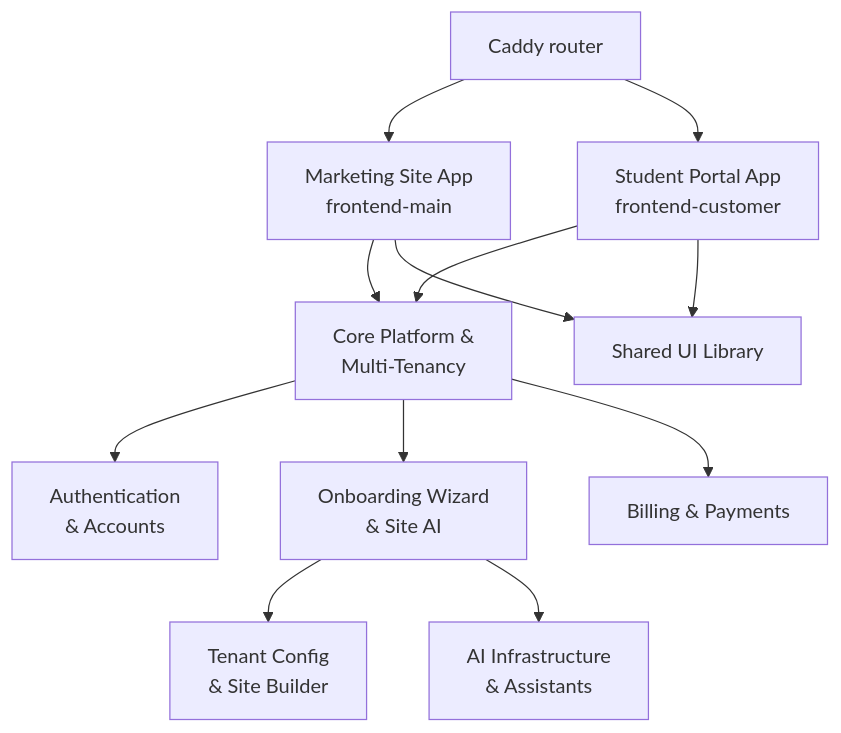
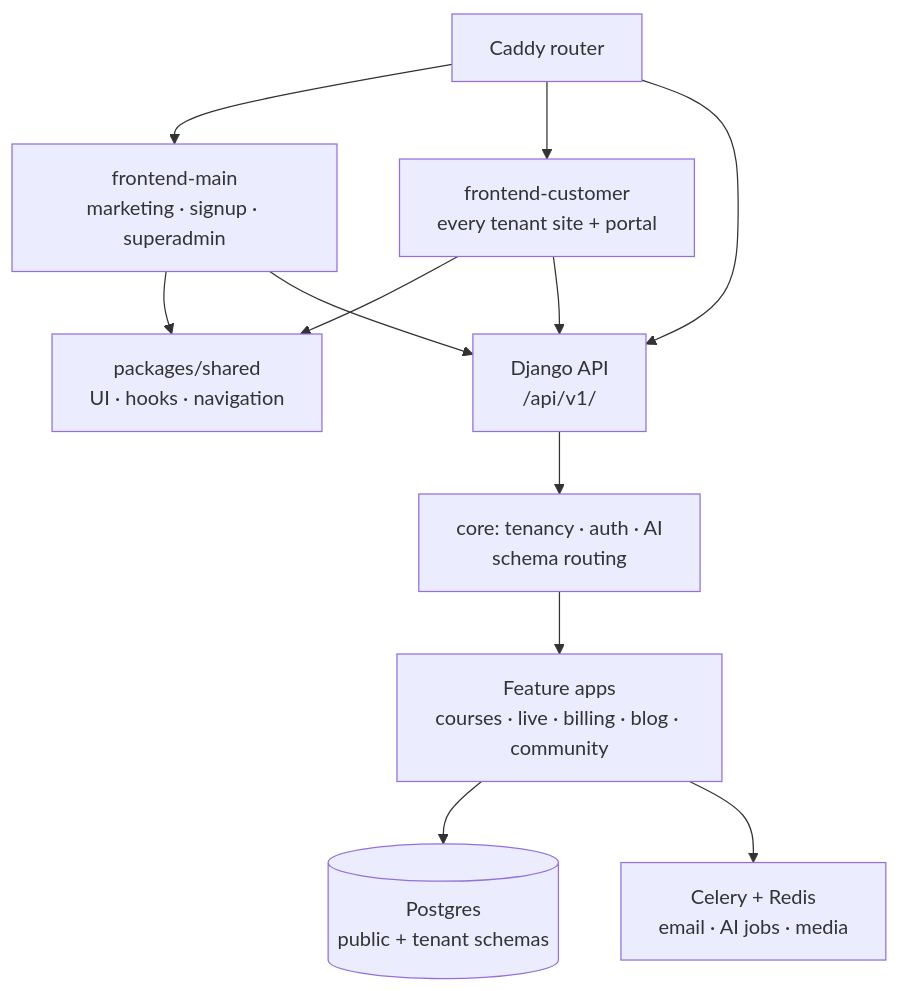
Before and after one commit to tahayusufkomur/contentor: the diagram in docs/wiki/overview.md, drawn with Mermaid. The commit also changed other lines of this file and 91 other files, not shown here.

Commit message:
docs: refresh the architecture wiki after the premium look

````diff
--- a/docs/wiki/overview.md
+++ b/docs/wiki/overview.md
@@ -11,14 +11,24 @@
 ```mermaid
 graph TD
-    Caddy[Caddy router] --> Marketing[Marketing Site App<br/>frontend-main]
-    Caddy --> Portal[Student Portal App<br/>frontend-customer]
-    Marketing --> Core[Core Platform &<br/>Multi-Tenancy]
-    Portal --> Core
-    Core --> Auth[Authentication<br/>& Accounts]
-    Core --> Onboarding[Onboarding Wizard<br/>& Site AI]
-    Onboarding --> TenantConfig[Tenant Config<br/>& Site Builder]
-    Onboarding --> AI[AI Infrastructure<br/>& Assistants]
-    Core --> Billing[Billing & Payments]
-    Portal --> Shared[Shared UI Library]
-    Marketing --> Shared
+    Caddy[Caddy router]
+    Main[frontend-main<br/>marketing · signup · superadmin]
+    Cust[frontend-customer<br/>every tenant site + portal]
+    Shared[packages/shared<br/>UI · hooks · navigation]
+    Django[Django API<br/>/api/v1/]
+    Core[core: tenancy · auth · AI<br/>schema routing]
+    Feat[Feature apps<br/>courses · live · billing · blog · community]
+    DB[(Postgres<br/>public + tenant schemas)]
+    Celery[Celery + Redis<br/>email · AI jobs · media]
+
+    Caddy --> Main
+    Caddy --> Cust
+    Caddy --> Django
+    Main --> Shared
+    Cust --> Shared
+    Main --> Django
+    Cust --> Django
+    Django --> Core
+    Core --> Feat
+    Feat --> DB
+    Feat --> Celery
 ```
````
